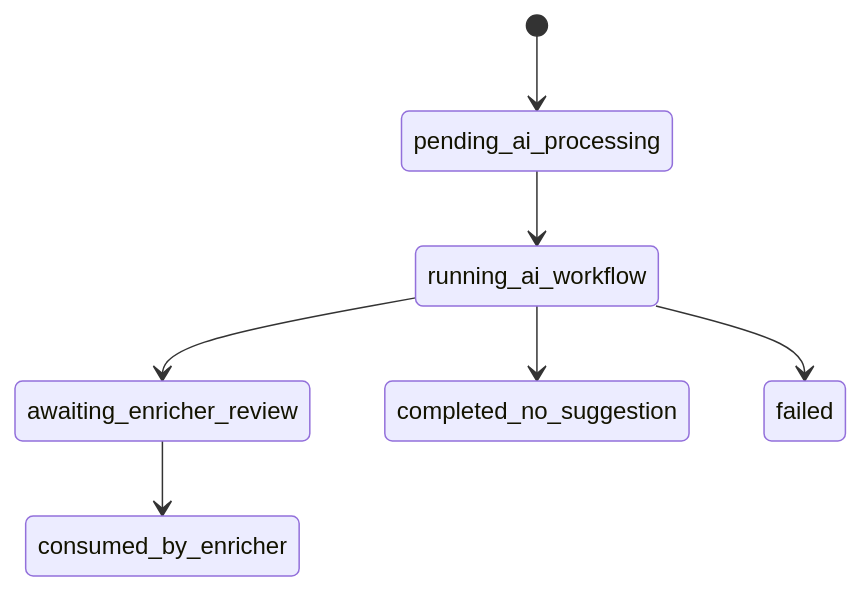
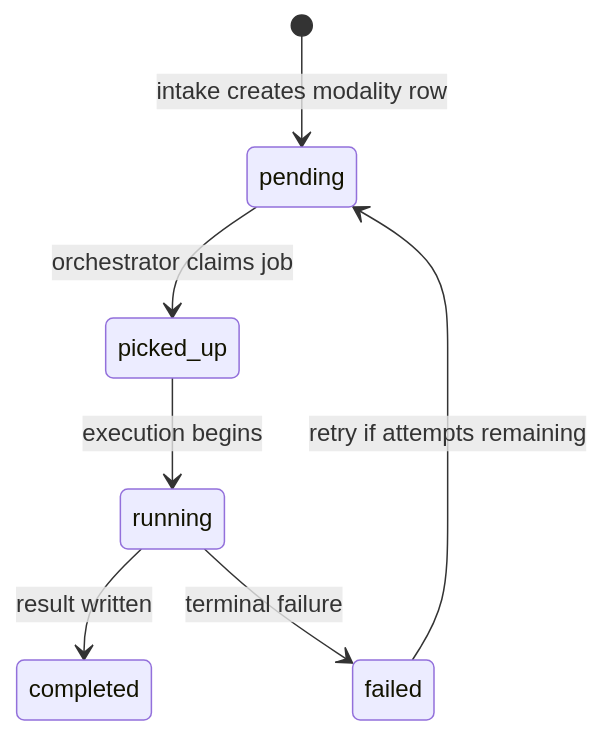
The sixth of 6 diagrams in monstrino-docs/docs/pipelines/data-ingestion/catalog-ingest/04-ai-orchestrator.md (MafiaCoconut/Monstrino), drawn with Mermaid before and after one commit. The commit also changed other lines of this file and 68 other files, not shown here.

````diff
--- a/monstrino-docs/docs/pipelines/data-ingestion/catalog-ingest/04-ai-orchestrator.md
+++ b/monstrino-docs/docs/pipelines/data-ingestion/catalog-ingest/04-ai-orchestrator.md
@@ -231,9 +222,9 @@
 ```mermaid
 stateDiagram-v2
-    [*] --> pending_ai_processing
-    pending_ai_processing --> running_ai_workflow
-    running_ai_workflow --> awaiting_enricher_review
-    running_ai_workflow --> completed_no_suggestion
-    running_ai_workflow --> failed
-    awaiting_enricher_review --> consumed_by_enricher
+    [*] --> pending : intake creates modality row
+    pending --> picked_up : orchestrator claims job
+    picked_up --> running : execution begins
+    running --> completed : result written
+    running --> failed : terminal failure
+    failed --> pending : retry if attempts remaining
 ```
````
